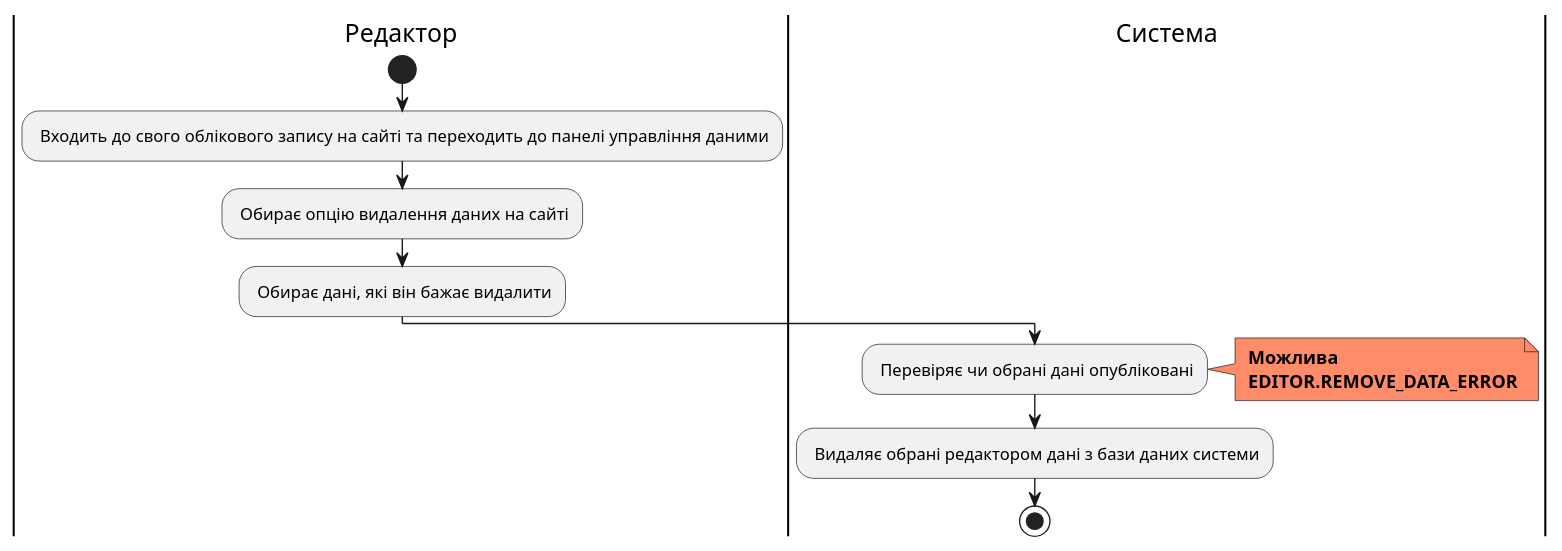
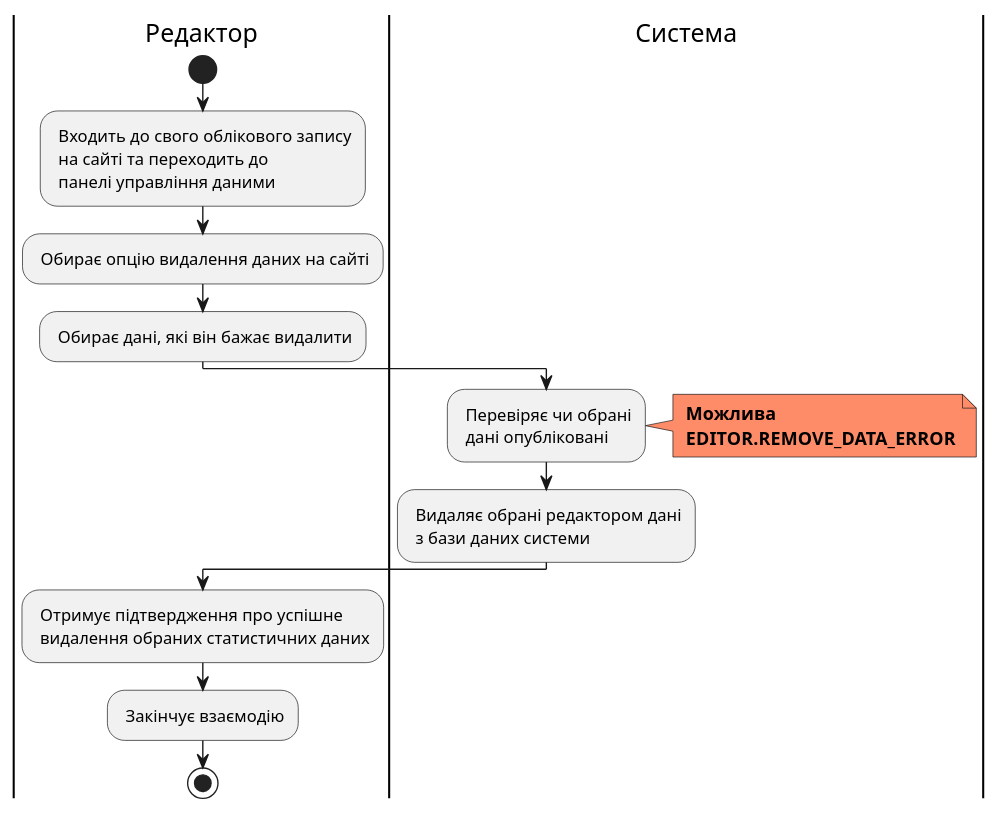
Before and after one commit to edu-db/edu_db_labs: diagram 16 of 19 in docs/use cases/README.md, drawn with PlantUML. The commit also changed other lines of this file, not shown here.

```diff
--- a/docs/use cases/README.md
+++ b/docs/use cases/README.md
@@ -1144,20 +1206,24 @@
 @startuml
 
 |Редактор|
 start;
-: Входить до свого облікового запису на сайті та переходить до панелі управління даними;
+: Входить до свого облікового запису\n на сайті та переходить до\n панелі управління даними;
 : Обирає опцію видалення даних на сайті;
 : Обирає дані, які він бажає видалити;
 
 |Система|
-: Перевіряє чи обрані дані опубліковані;
+: Перевіряє чи обрані\n дані опубліковані;
 
 note right #ff8c69
 <b> Можлива
 <b> EDITOR.REMOVE_DATA_ERROR
 end note
 
-: Видаляє обрані редактором дані з бази даних системи;
+: Видаляє обрані редактором дані\n з бази даних системи;
+
+|Редактор|
+: Отримує підтвердження про успішне\n видалення обраних статистичних даних;
+: Закінчує взаємодію;
   stop;
 
 @enduml
```
